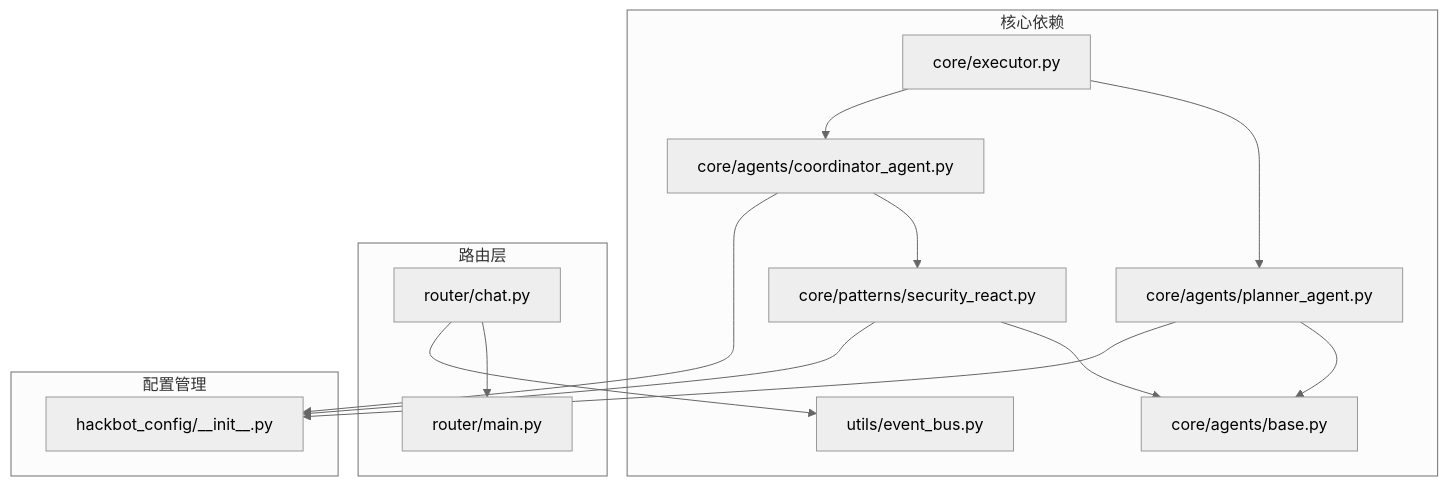
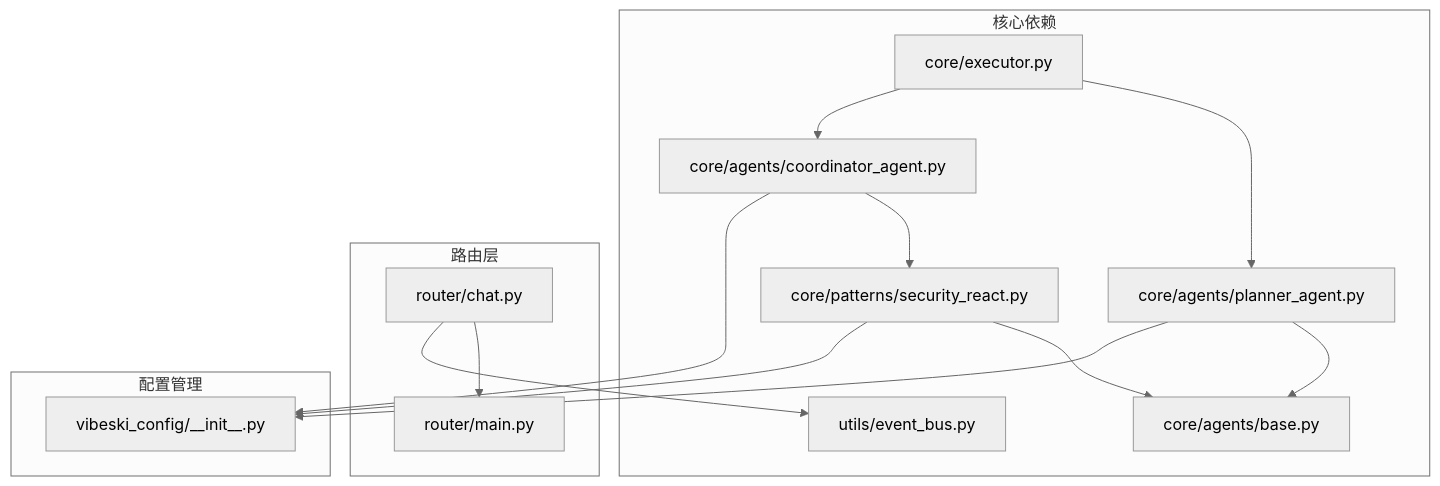
Before and after one commit to crabin/VIBESKI: diagram 11 of 11 in .qoder/repowiki/zh/content/Security React Agent.md, drawn with Mermaid (neutral theme). The commit also changed other lines of this file and 170 other files, not shown here.

Commit message:
chore: rename all secbot/hackbot identifiers to vibeski

````diff
--- a/.qoder/repowiki/zh/content/Security React Agent.md
+++ b/.qoder/repowiki/zh/content/Security React Agent.md
@@ -476,28 +476,28 @@
 ```mermaid
 graph TB
 subgraph "核心依赖"
 A[core/patterns/security_react.py]
 B[core/agents/base.py]
 C[core/agents/coordinator_agent.py]
 D[core/agents/planner_agent.py]
 E[core/executor.py]
 F[utils/event_bus.py]
 end
 subgraph "路由层"
 G[router/main.py]
 H[router/chat.py]
 end
 subgraph "配置管理"
-I[hackbot_config/__init__.py]
+I[vibeski_config/__init__.py]
 end
 A --> B
 C --> A
 D --> B
 E --> D
 E --> C
 H --> G
 H --> F
 A --> I
 C --> I
 D --> I
 ```
````
